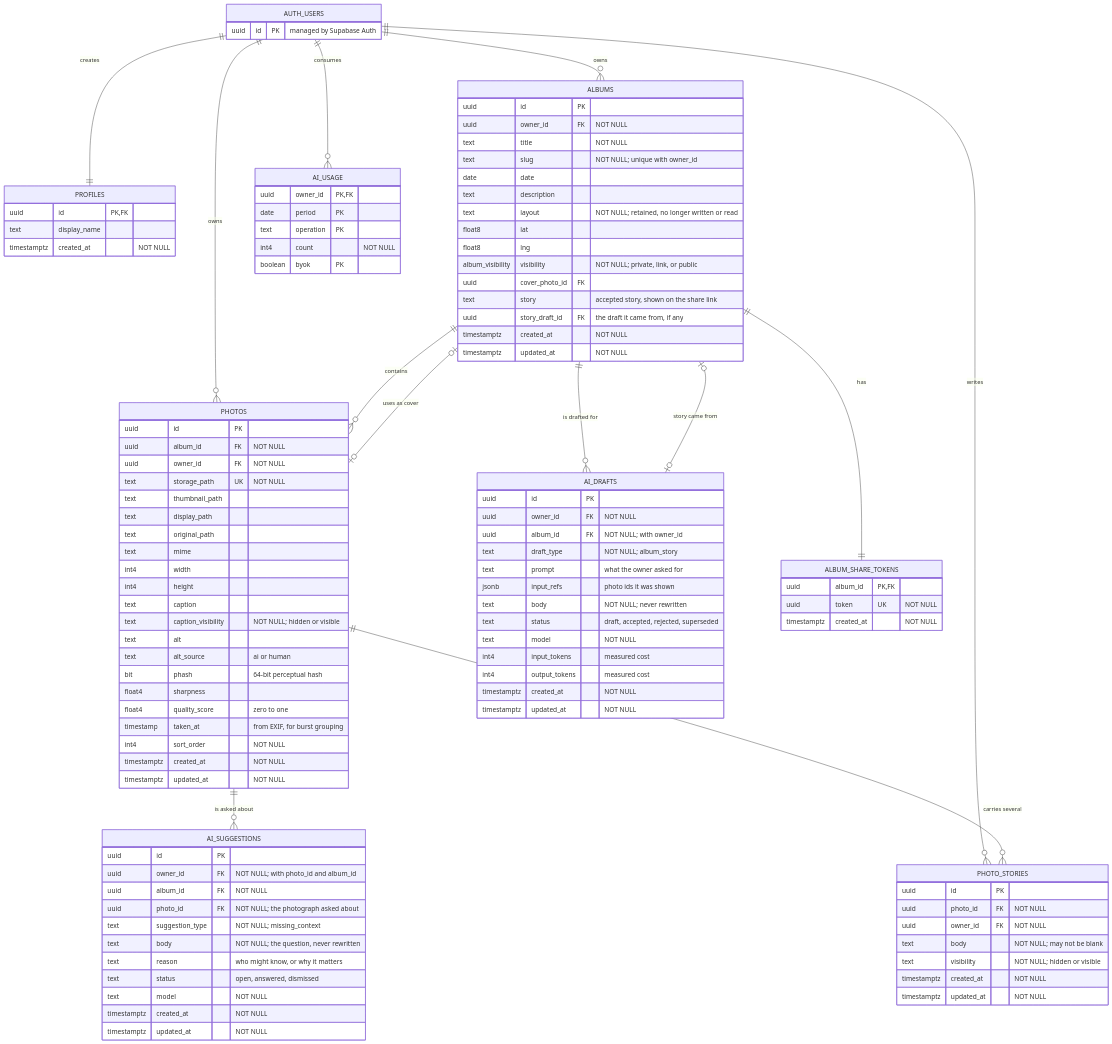
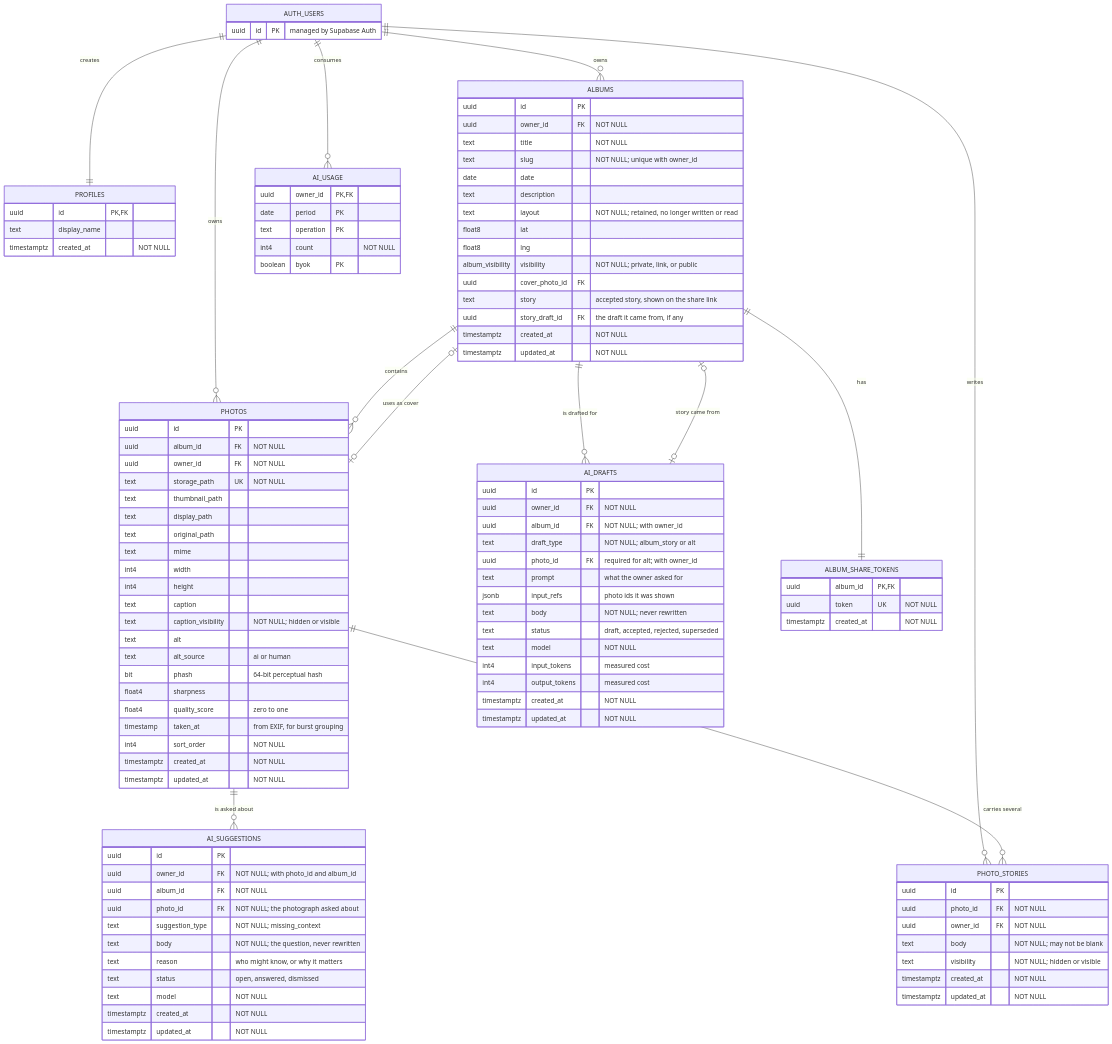
One commit to Elizabeth1979/albums-studio changed the second of 3 diagrams in docs/project-structure.md. Above: the diagram before and after it, drawn with Mermaid. The commit also changed other lines of this file and 18 other files, not shown here.

```diff
--- a/docs/project-structure.md
+++ b/docs/project-structure.md
@@ -247,7 +252,8 @@
         uuid id PK
         uuid owner_id FK "NOT NULL"
         uuid album_id FK "NOT NULL; with owner_id"
-        text draft_type "NOT NULL; album_story"
+        text draft_type "NOT NULL; album_story or alt"
+        uuid photo_id FK "required for alt; with owner_id"
         text prompt "what the owner asked for"
         jsonb input_refs "photo ids it was shown"
         text body "NOT NULL; never rewritten"
```
